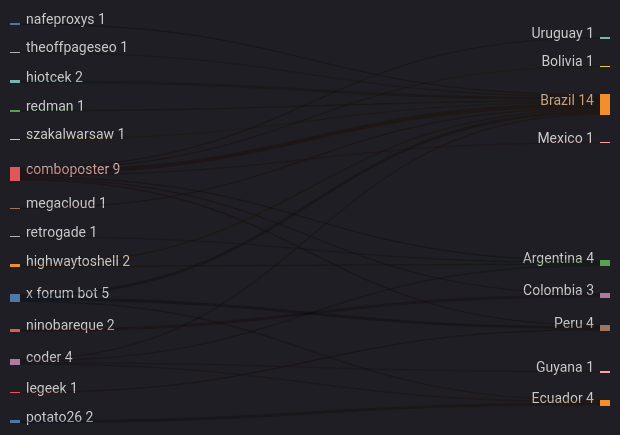
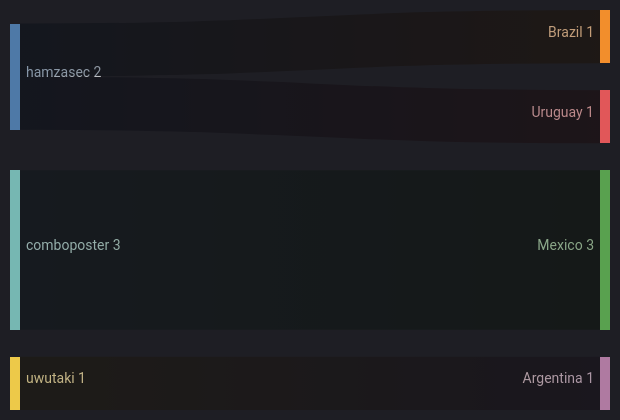
Before and after one commit to ZoqueLabs/website: the fifth of 5 diagrams in exfiltradaz.md, drawn with Mermaid. The commit also changed other lines of this file, not shown here.

````diff
--- a/exfiltradaz.md
+++ b/exfiltradaz.md
@@ -159,33 +108,11 @@
 ```mermaid
 ---
 config:
   theme: dark
 ---
 sankey-beta
-  nafeproxys,Brazil,1
-  comboposter,Uruguay,1
-  comboposter,Brazil,3
-  comboposter,Argentina,1
-  comboposter,Bolivia,1
-  comboposter,Colombia,1
-  comboposter,Mexico,1
-  comboposter,Peru,1
-  theoffpageseo,Brazil,1
-  x forum bot,Peru,2
-  x forum bot,Brazil,2
-  x forum bot,Ecuador,1
-  legeek,Peru,1
-  hiotcek,Brazil,2
-  redman,Brazil,1
-  szakalwarsaw,Brazil,1
-  coder,Guyana,1
-  coder,Ecuador,1
-  coder,Argentina,1
-  coder,Brazil,1
-  megacloud,Brazil,1
-  retrogade,Argentina,1
-  potato26,Ecuador,2
-  highwaytoshell,Brazil,1
-  highwaytoshell,Argentina,1
-  ninobareque,Colombia,2
+  hamzasec,Brazil,1
+  hamzasec,Uruguay,1
+  comboposter,Mexico,3
+  uwutaki,Argentina,1
 ```
````
